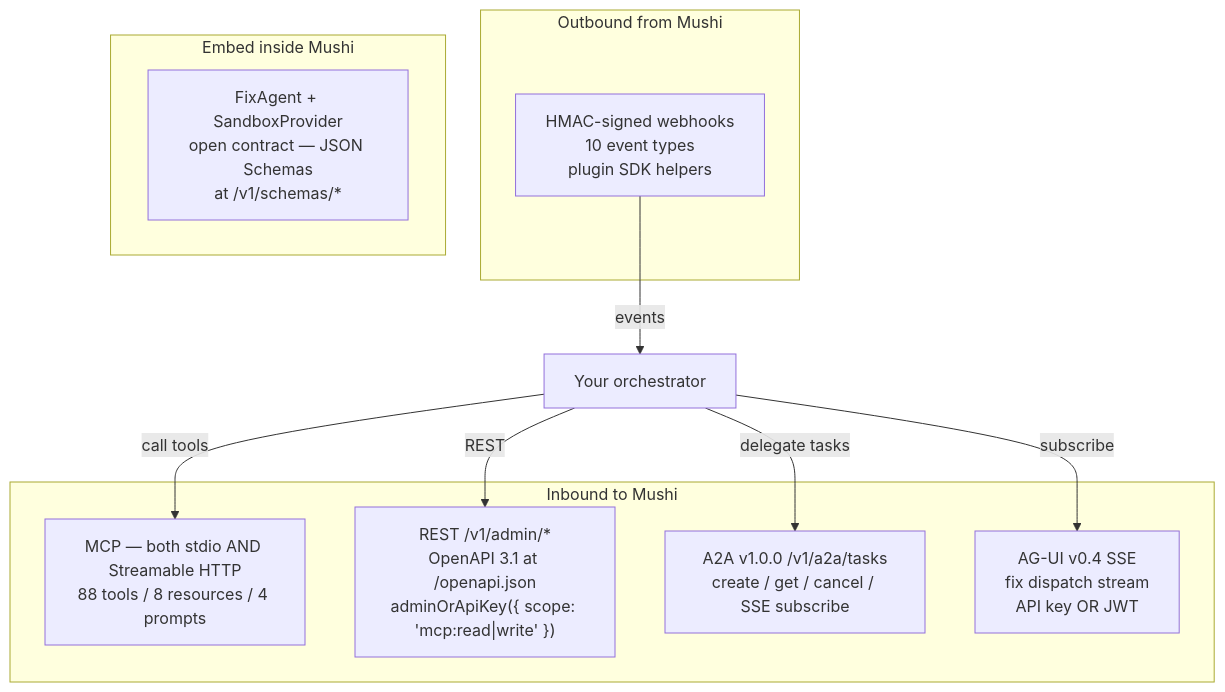
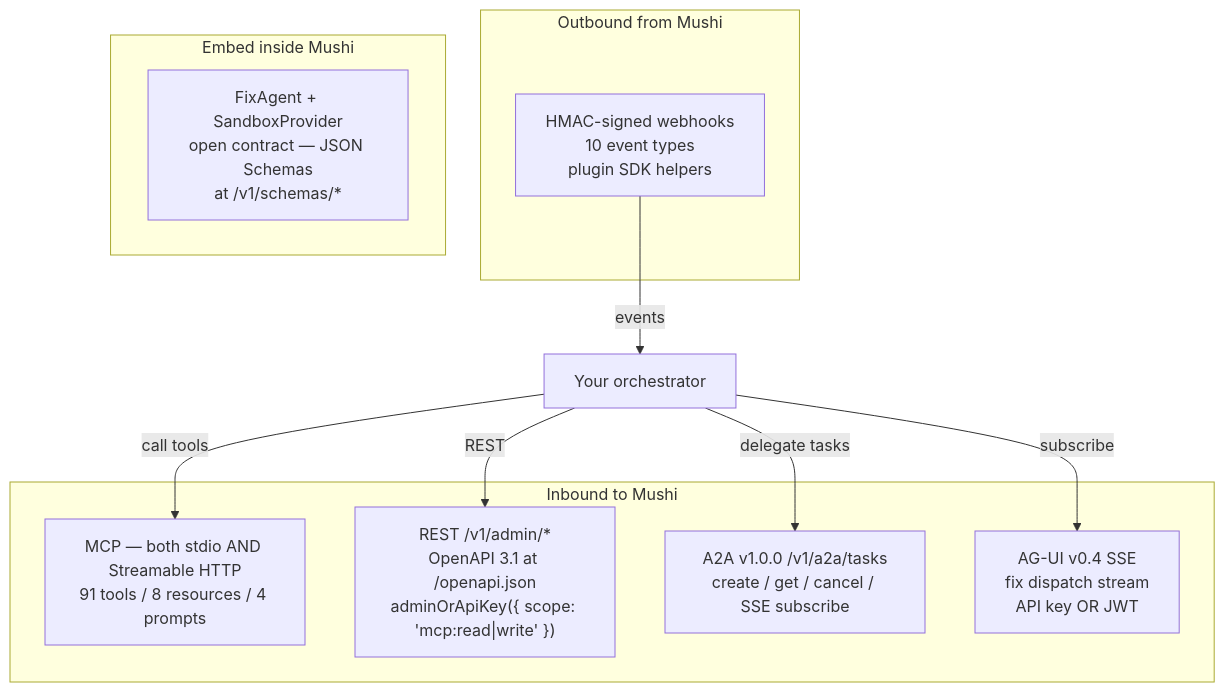
Before and after one commit to kensaurus/mushi-mushi: the diagram in apps/docs/public/llm-md/concepts/orchestrator-interop.md, drawn with Mermaid. The commit also changed other lines of this file and 36 other files, not shown here.

````diff
--- a/apps/docs/public/llm-md/concepts/orchestrator-interop.md
+++ b/apps/docs/public/llm-md/concepts/orchestrator-interop.md
@@ -34,20 +34,20 @@
 ```mermaid
 flowchart TB
   subgraph Inbound["Inbound to Mushi"]
-    MCP["MCP — both stdio AND Streamable HTTP<br/>88 tools / 8 resources / 4 prompts"]
+    MCP["MCP — both stdio AND Streamable HTTP<br/>91 tools / 8 resources / 4 prompts"]
     REST["REST /v1/admin/*<br/>OpenAPI 3.1 at /openapi.json<br/>adminOrApiKey({ scope: 'mcp:read|write' })"]
     A2A["A2A v1.0.0 /v1/a2a/tasks<br/>create / get / cancel / SSE subscribe"]
     AGUI["AG-UI v0.4 SSE<br/>fix dispatch stream<br/>API key OR JWT"]
   end
   subgraph Outbound["Outbound from Mushi"]
     Hooks["HMAC-signed webhooks<br/>10 event types<br/>plugin SDK helpers"]
   end
   subgraph Native["Embed inside Mushi"]
     FA["FixAgent + SandboxProvider<br/>open contract — JSON Schemas<br/>at /v1/schemas/*"]
   end
   Orch["Your orchestrator"] -->|"call tools"| MCP
   Orch -->|"REST"| REST
   Orch -->|"delegate tasks"| A2A
   Orch -->|"subscribe"| AGUI
   Hooks -->|"events"| Orch
 ```
````
